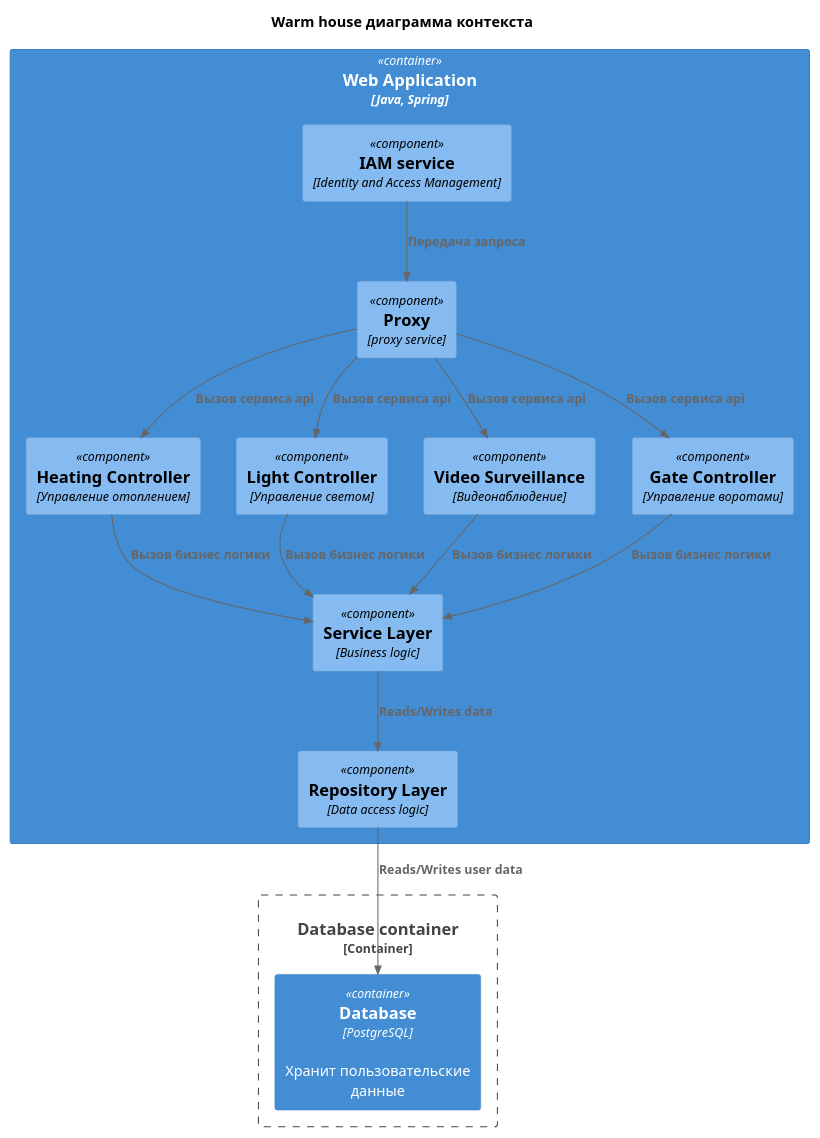
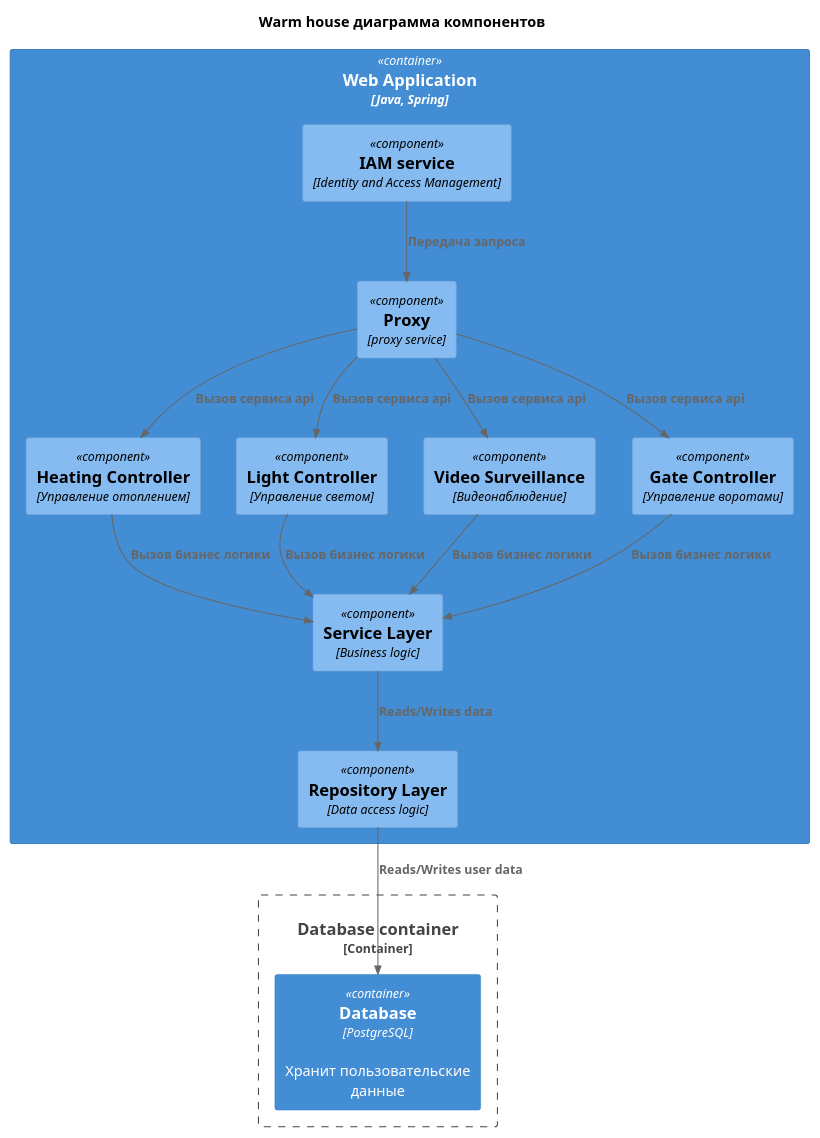
One commit to Sorfol/architecture-pro-warmhouse changed the diagram in diagrams/component/warm_house_component.puml. Above: the diagram before and after it, drawn with PlantUML. The commit also changed 7 other files, not shown here.

Commit message:
added diagrams

```diff
--- a/diagrams/component/warm_house_component.puml
+++ b/diagrams/component/warm_house_component.puml
@@ -1,37 +1,37 @@
 @startuml
-title Warm house диаграмма контекста
+title Warm house диаграмма компонентов
 
 top to bottom direction
 
 !include ../templates/C4_Component.puml
 
 Container_Boundary(DatabaseContainer, "Database container") {
   Container(Database, "Database", "PostgreSQL", "Хранит пользовательские данные")
 }
 
 Container(WebApp, "Web Application", "Java, Spring") {
 
   Component(Iam, "IAM service", "Identity and Access Management")
   Component(Proxy, "Proxy", "proxy service")
   Component(HeatingController, "Heating Controller", "Управление отоплением")
   Component(LightController, "Light Controller", "Управление светом")
   Component(VideoSurveillance, "Video Surveillance", "Видеонаблюдение")
   Component(GateController, "Gate Controller", "Управление воротами")
 
   Component(ServiceLayer, "Service Layer", "Business logic")
   Component(RepositoryLayer, "Repository Layer", "Data access logic")
 }
 
 Rel(Iam,Proxy,"Передача запроса")
 Rel(Proxy,HeatingController,"Вызов сервиса api")
 Rel(Proxy,LightController,"Вызов сервиса api")
 Rel(Proxy,VideoSurveillance,"Вызов сервиса api")
 Rel(Proxy,GateController,"Вызов сервиса api")
 
 Rel(LightController,ServiceLayer,"Вызов бизнес логики")
 Rel(HeatingController,ServiceLayer,"Вызов бизнес логики")
 Rel(VideoSurveillance,ServiceLayer,"Вызов бизнес логики")
 Rel(GateController,ServiceLayer,"Вызов бизнес логики")
 Rel(ServiceLayer,RepositoryLayer,"Reads/Writes data")
 Rel(RepositoryLayer,Database,"Reads/Writes user data")
 @enduml
```
